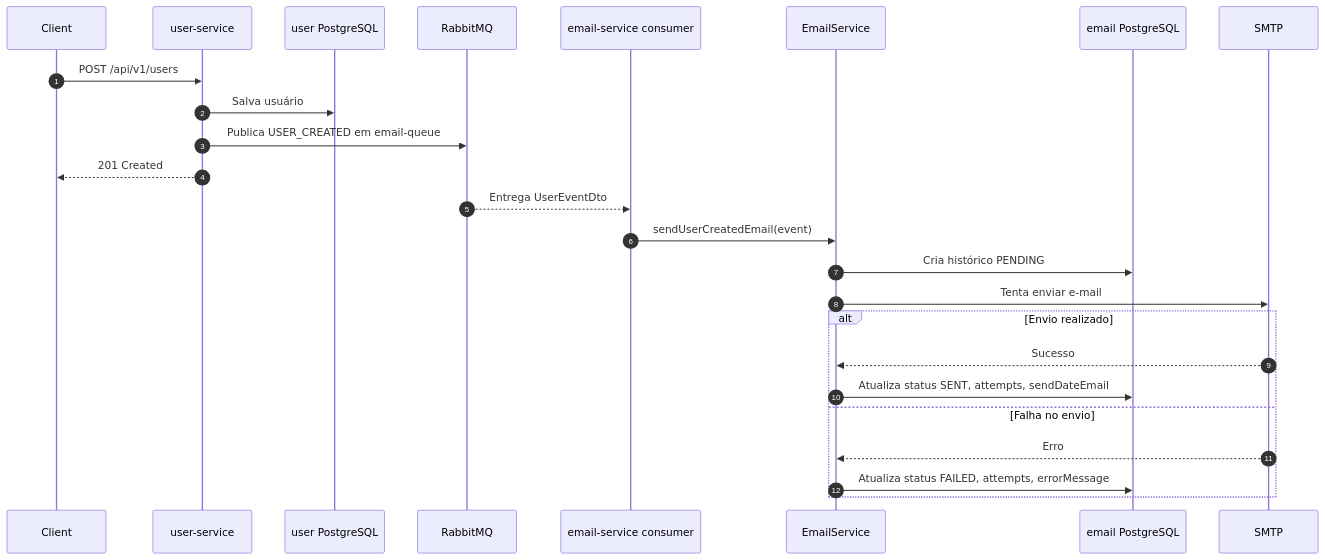
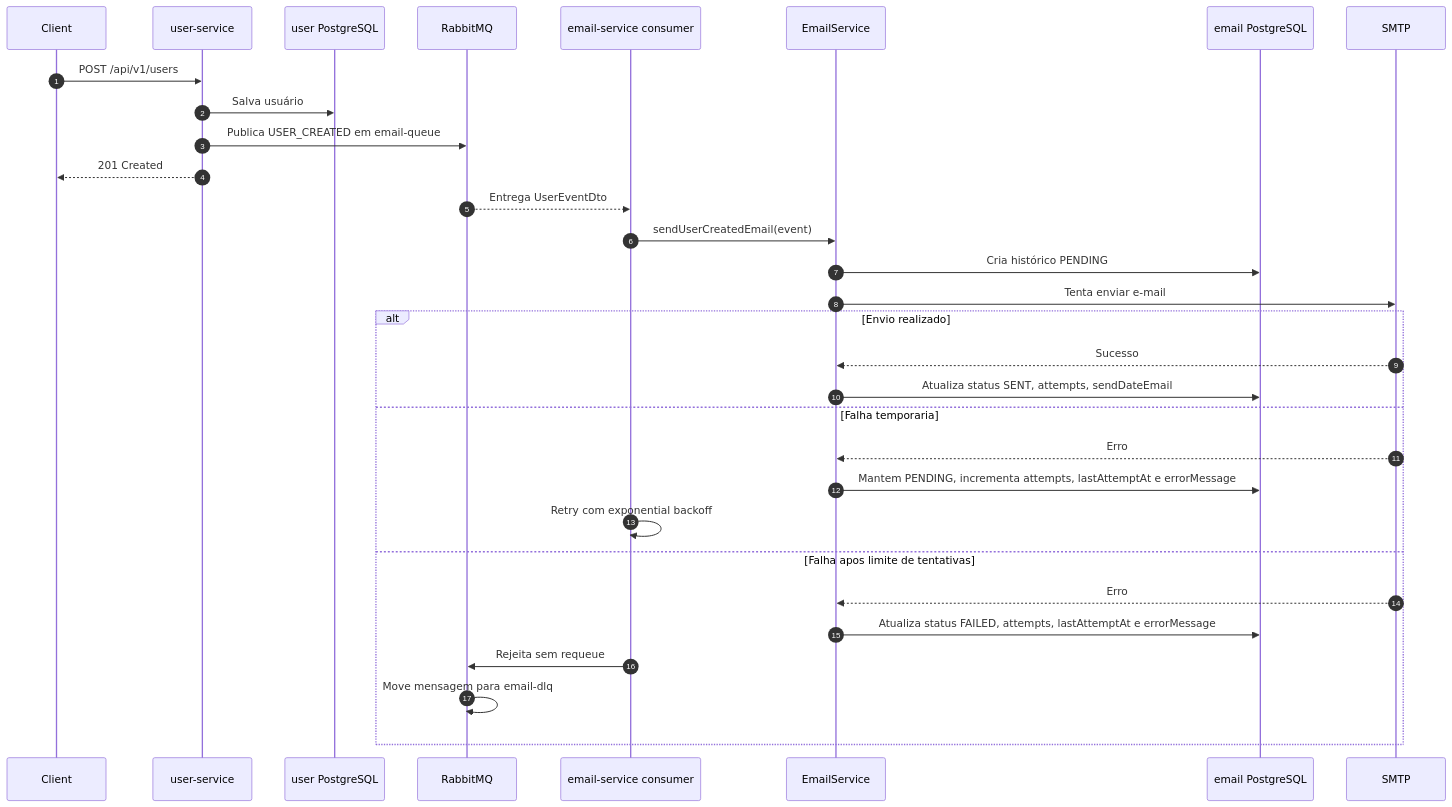
The second of 5 diagrams in README.md (eduardofrois/user-email-sender), drawn with Mermaid before and after one commit. The commit also changed other lines of this file and 5 other files, not shown here.

First line of the commit message:
feat: add email retry backoff and DLQ

````diff
--- a/README.md
+++ b/README.md
@@ -75,30 +77,36 @@
 ```mermaid
 sequenceDiagram
     autonumber
     participant Client
     participant UserAPI as user-service
     participant UserDB as user PostgreSQL
     participant RabbitMQ
     participant EmailConsumer as email-service consumer
     participant EmailService
     participant EmailDB as email PostgreSQL
     participant SMTP
 
     Client->>UserAPI: POST /api/v1/users
     UserAPI->>UserDB: Salva usuário
     UserAPI->>RabbitMQ: Publica USER_CREATED em email-queue
     UserAPI-->>Client: 201 Created
 
     RabbitMQ-->>EmailConsumer: Entrega UserEventDto
     EmailConsumer->>EmailService: sendUserCreatedEmail(event)
     EmailService->>EmailDB: Cria histórico PENDING
     EmailService->>SMTP: Tenta enviar e-mail
 
     alt Envio realizado
         SMTP-->>EmailService: Sucesso
         EmailService->>EmailDB: Atualiza status SENT, attempts, sendDateEmail
-    else Falha no envio
+    else Falha temporaria
         SMTP-->>EmailService: Erro
-        EmailService->>EmailDB: Atualiza status FAILED, attempts, errorMessage
+        EmailService->>EmailDB: Mantem PENDING, incrementa attempts, lastAttemptAt e errorMessage
+        EmailConsumer->>EmailConsumer: Retry com exponential backoff
+    else Falha apos limite de tentativas
+        SMTP-->>EmailService: Erro
+        EmailService->>EmailDB: Atualiza status FAILED, attempts, lastAttemptAt e errorMessage
+        EmailConsumer->>RabbitMQ: Rejeita sem requeue
+        RabbitMQ->>RabbitMQ: Move mensagem para email-dlq
     end
 ```
````
